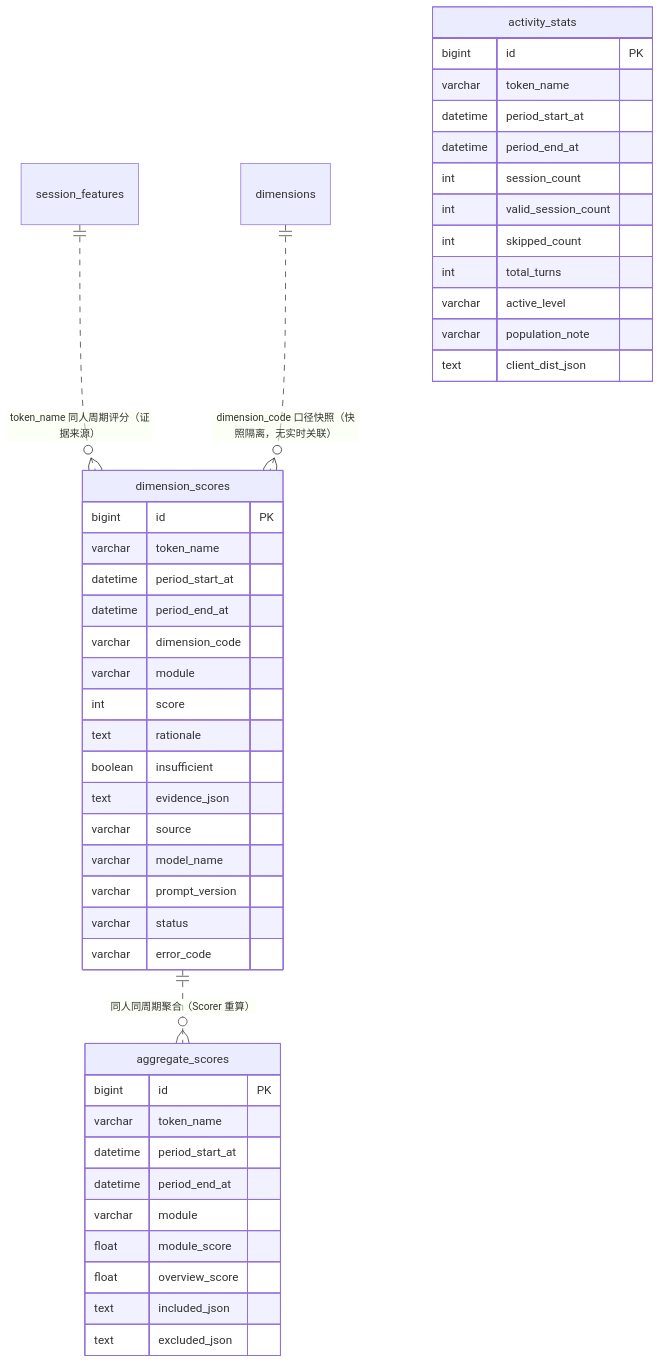
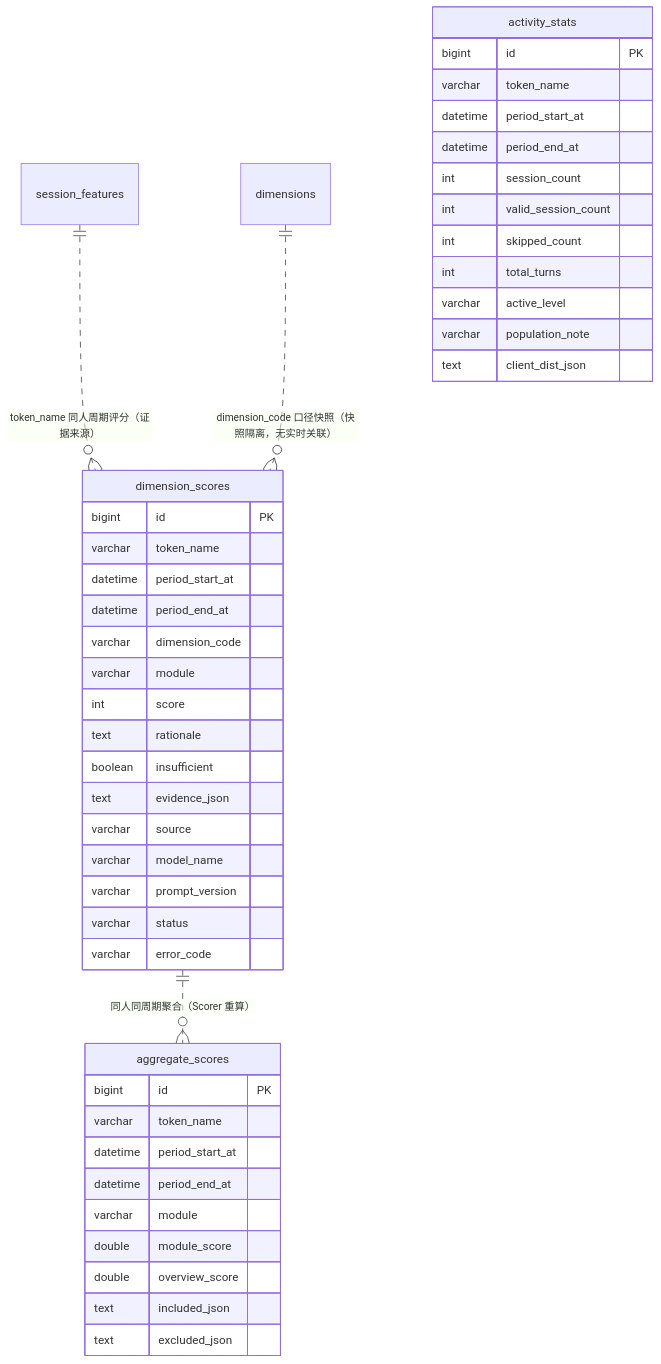
The diagram in context/05_specs/P2_TECH_005_TECH_综合评估与聚合/04_model_interface.md (zer0Black/sili-smart-hr), drawn with Mermaid before and after one commit. The commit also changed other lines of this file and 6 other files, not shown here.

````diff
--- a/context/05_specs/P2_TECH_005_TECH_综合评估与聚合/04_model_interface.md
+++ b/context/05_specs/P2_TECH_005_TECH_综合评估与聚合/04_model_interface.md
@@ -52,48 +52,48 @@
 ```mermaid
 erDiagram
     session_features ||..o{ dimension_scores : "token_name 同人周期评分（证据来源）"
     dimension_scores ||..o{ aggregate_scores : "同人同周期聚合（Scorer 重算）"
     dimensions ||..o{ dimension_scores : "dimension_code 口径快照（快照隔离，无实时关联）"
 
     dimension_scores {
         bigint id PK
         varchar token_name
         datetime period_start_at
         datetime period_end_at
         varchar dimension_code
         varchar module
         int score
         text rationale
         boolean insufficient
         text evidence_json
         varchar source
         varchar model_name
         varchar prompt_version
         varchar status
         varchar error_code
     }
     aggregate_scores {
         bigint id PK
         varchar token_name
         datetime period_start_at
         datetime period_end_at
         varchar module
-        float module_score
-        float overview_score
+        double module_score
+        double overview_score
         text included_json
         text excluded_json
     }
     activity_stats {
         bigint id PK
         varchar token_name
         datetime period_start_at
         datetime period_end_at
         int session_count
         int valid_session_count
         int skipped_count
         int total_turns
         varchar active_level
         varchar population_note
         text client_dist_json
     }
 ```
````
